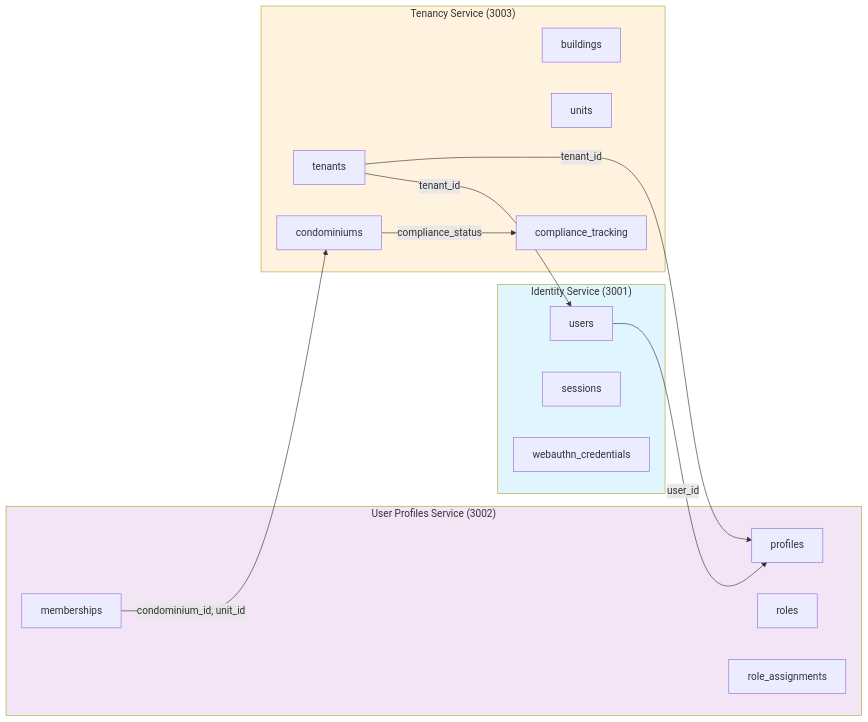
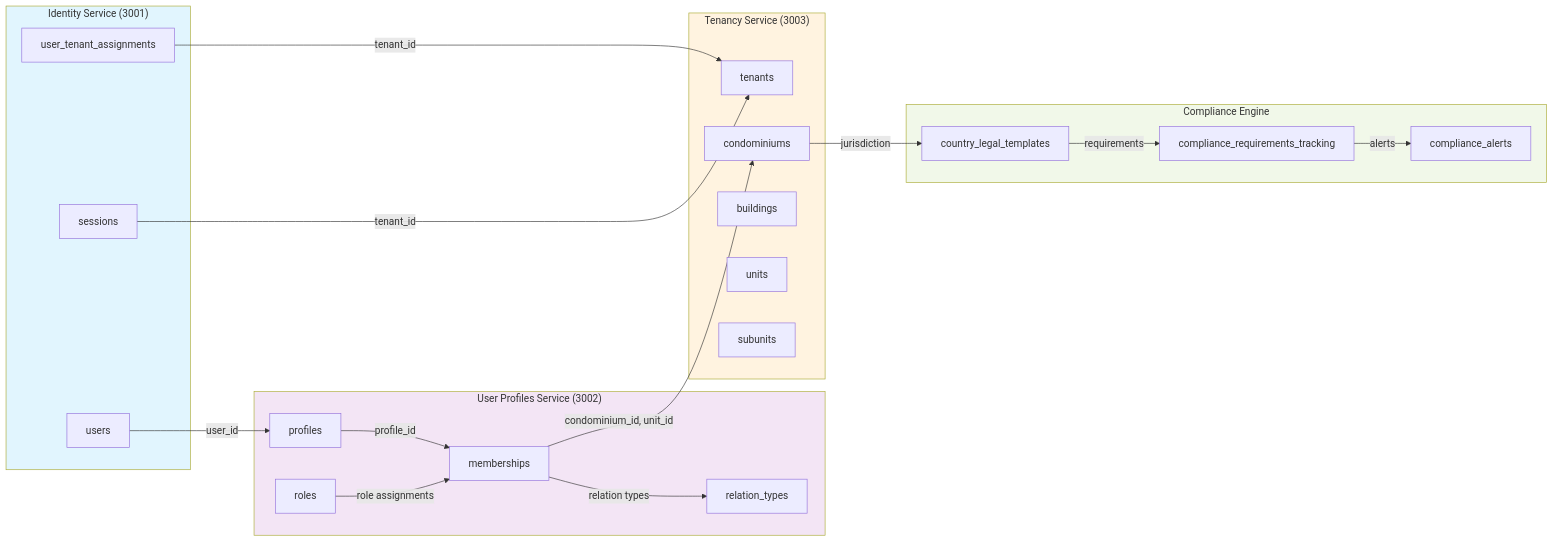
One commit to latamteks-cmyk/SmartEdify_spec changed the fourth of 4 diagrams in 00-Governance/database_arq.md. Above: the diagram before and after it, drawn with Mermaid. The commit also changed other lines of this file, not shown here.

````diff
--- a/00-Governance/database_arq.md
+++ b/00-Governance/database_arq.md
@@ -509,33 +572,48 @@
 ```mermaid
 flowchart LR
     subgraph IDENTITY["Identity Service (3001)"]
         A1[users]
-        A2[sessions]
-        A3[webauthn_credentials]
+        A2[user_tenant_assignments]
+        A3[sessions]
     end
 
     subgraph PROFILES["User Profiles Service (3002)"]
         B1[profiles]
         B2[memberships]
-        B3[roles]
-        B4[role_assignments]
+        B3[relation_types]
+        B4[roles]
     end
 
     subgraph TENANCY["Tenancy Service (3003)"]
         C1[tenants]
         C2[condominiums]
         C3[buildings]
         C4[units]
-        C5[compliance_tracking]
+        C5[subunits]
     end
 
+    subgraph COMPLIANCE["Compliance Engine"]
+        D1[country_legal_templates]
+        D2[compliance_requirements_tracking]
+        D3[compliance_alerts]
+    end
+
+    %% Flujos principales
     A1 -- "user_id" --> B1
+    A2 -- "tenant_id" --> C1
+    B1 -- "profile_id" --> B2
     B2 -- "condominium_id, unit_id" --> C2
-    C1 -- "tenant_id" --> A1
-    C1 -- "tenant_id" --> B1
-    C2 -- "compliance_status" --> C5
+    C2 -- "jurisdiction" --> D1
+    D1 -- "requirements" --> D2
+    D2 -- "alerts" --> D3
+    
+    %% Flujos secundarios
+    A3 -- "tenant_id" --> C1
+    B2 -- "relation types" --> B3
+    B4 -- "role assignments" --> B2
     
     style IDENTITY fill:#e1f5fe
-    style PROFILES fill:#f3e5f5  
+    style PROFILES fill:#f3e5f5
     style TENANCY fill:#fff3e0
+    style COMPLIANCE fill:#f1f8e9
 ```
````
